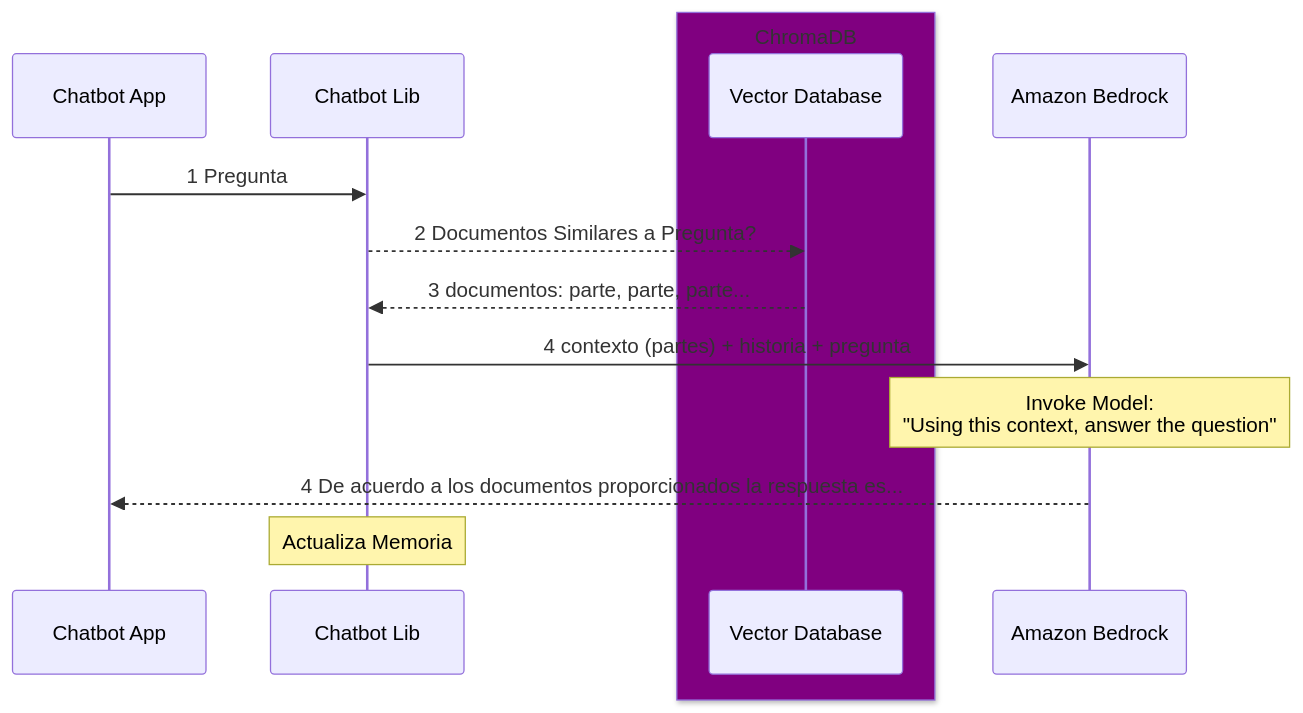
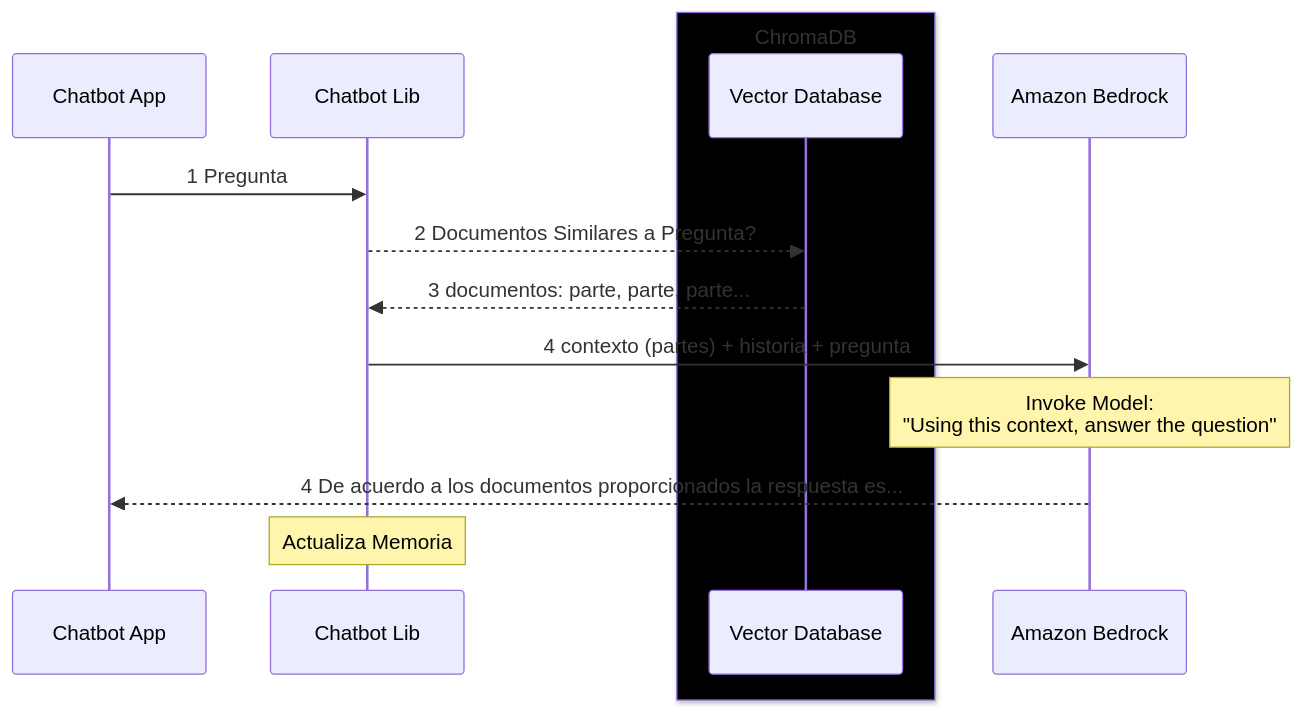
Before and after one commit to ensamblador/generative-ai-chat-application: the second of 2 diagrams in 03-personal-assistant-add-data/README.md, drawn with Mermaid.

````diff
--- a/03-personal-assistant-add-data/README.md
+++ b/03-personal-assistant-add-data/README.md
@@ -270,20 +270,20 @@
 ```mermaid
 sequenceDiagram
   
   participant Chatbot App
   participant Chatbot Lib
-  box Purple ChromaDB
+  box black ChromaDB
   participant Vector Database
   end
   participant Amazon Bedrock
   
   Chatbot App->>Chatbot Lib: 1 Pregunta
   Chatbot Lib -->> Vector Database: 2 Documentos Similares a Pregunta?
   Vector Database -->> Chatbot Lib : 3 documentos: parte, parte, parte...
 
   Chatbot Lib->>Amazon Bedrock: 4 contexto (partes)  + historia + pregunta
   Note over Amazon Bedrock: Invoke Model:<br>"Using this context, answer the question"
   Amazon Bedrock -->> Chatbot App: 4 De acuerdo a los documentos proporcionados la respuesta es...
   Note over Chatbot Lib: Actualiza Memoria
 
 ```
````
